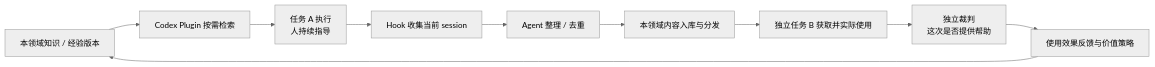
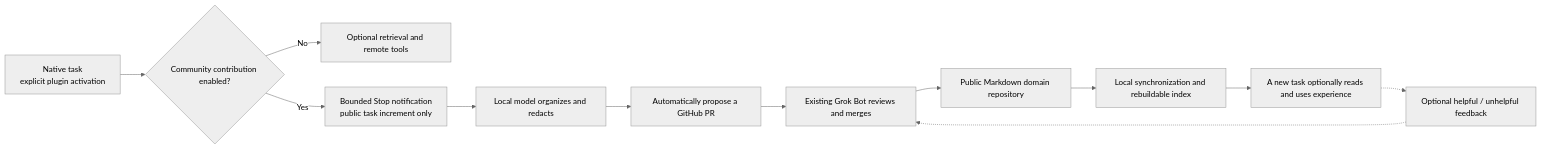
The diagram in docs/architecture.md (mindie-agent/mindie-agent), drawn with Mermaid (neutral theme) before and after one commit. The commit also changed other lines of this file and 7 other files, not shown here.

Commit message:
Align architecture and delivery status across three native adapters (#199)

````diff
--- a/docs/architecture.md
+++ b/docs/architecture.md
@@ -280,12 +33,14 @@
 ```mermaid
 flowchart LR
-    K["本领域知识 / 经验版本"] --> P["Codex Plugin 按需检索"]
-    P --> A["任务 A 执行<br/>人持续指导"]
-    A --> H["Hook 收集当前 session"]
-    H --> R["Agent 整理 / 去重"]
-    R --> D["本领域内容入库与分发"]
-    D --> B["独立任务 B 获取并实际使用"]
-    B --> J["独立裁判<br/>这次是否提供帮助"]
-    J --> F["使用效果反馈与价值策略"]
-    F --> K
+    A["Native task<br/>explicit plugin activation"] --> C{"Community contribution enabled?"}
+    C -->|No| R["Optional retrieval and remote tools"]
+    C -->|Yes| H["Bounded Stop notification<br/>public task increment only"]
+    H --> L["Local model organizes and redacts"]
+    L --> P["Automatically propose a GitHub PR"]
+    P --> B["Existing Grok Bot reviews and merges"]
+    B --> K["Public Markdown domain repository"]
+    K --> S["Local synchronization and rebuildable index"]
+    S --> N["A new task optionally reads and uses experience"]
+    N -.-> F["Optional helpful / unhelpful feedback"]
+    F -.-> B
 ```
````
